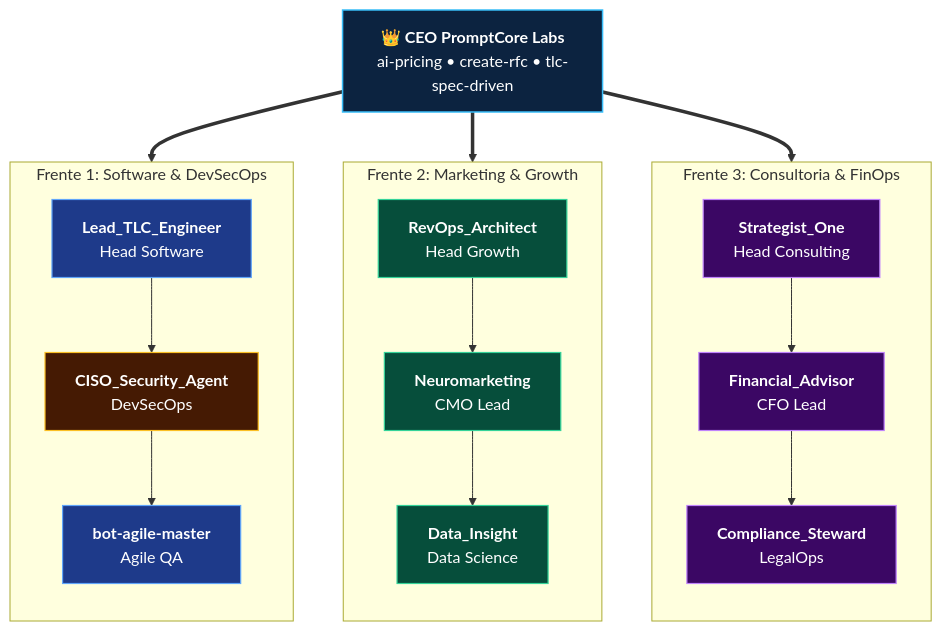
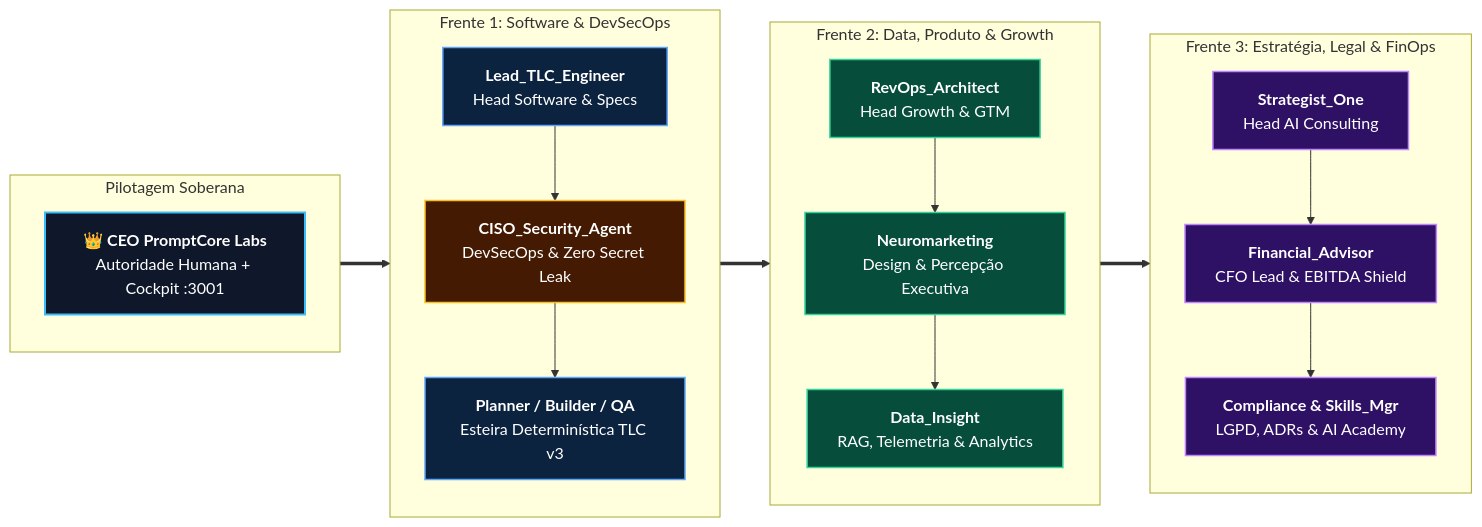
Before and after one commit to EnterDufter/PromptCoreLabs_AEOS: the second of 3 diagrams in projects/Living Architecture PCL AEOS/docs/agents-squads/README.md, drawn with Mermaid. The commit also changed other lines of this file and 34 other files, not shown here.

First line of the commit message:
docs(aeos-v3.6): upgrade complete repository & Living Architecture portal with pure UTF-8, Dual-Track narrative & Cortex v7 diagrams

````diff
--- a/projects/Living Architecture PCL AEOS/docs/agents-squads/README.md
+++ b/projects/Living Architecture PCL AEOS/docs/agents-squads/README.md
@@ -65,38 +68,39 @@
 ```mermaid
-flowchart TD
-    classDef ceo fill:#0c2340,stroke:#38bdf8,stroke-width:1.5px,color:#ffffff;
-    classDef tlc fill:#1e3a8a,stroke:#60a5fa,stroke-width:1.2px,color:#ffffff;
-    classDef mkt fill:#064e3b,stroke:#34d399,stroke-width:1.2px,color:#ffffff;
-    classDef biz fill:#3b0764,stroke:#c084fc,stroke-width:1.2px,color:#ffffff;
-    classDef sec fill:#451a03,stroke:#fbbf24,stroke-width:1.2px,color:#ffffff;
+flowchart LR
+    classDef ceo fill:#0f172a,stroke:#38bdf8,stroke-width:2px,color:#ffffff;
+    classDef tlc fill:#0c2340,stroke:#60a5fa,stroke-width:1.5px,color:#ffffff;
+    classDef mkt fill:#064e3b,stroke:#34d399,stroke-width:1.5px,color:#ffffff;
+    classDef biz fill:#2e1065,stroke:#c084fc,stroke-width:1.5px,color:#ffffff;
+    classDef sec fill:#451a03,stroke:#fbbf24,stroke-width:1.5px,color:#ffffff;
 
-    CEO["👑 <b>CEO PromptCore Labs</b><br/>ai-pricing • create-rfc • tlc-spec-driven"]:::ceo
+    subgraph Comando ["Pilotagem Soberana"]
+        direction TB
+        CEO["<b>👑 CEO PromptCore Labs</b><br/>Autoridade Humana + Cockpit :3001"]:::ceo
+    end
 
     subgraph F1 ["Frente 1: Software & DevSecOps"]
         direction TB
-        TLC["<b>Lead_TLC_Engineer</b><br/>Head Software"]:::tlc
-        CISO["<b>CISO_Security_Agent</b><br/>DevSecOps"]:::sec
-        Agile["<b>bot-agile-master</b><br/>Agile QA"]:::tlc
+        TLC["<b>Lead_TLC_Engineer</b><br/>Head Software & Specs"]:::tlc
+        CISO["<b>CISO_Security_Agent</b><br/>DevSecOps & Zero Secret Leak"]:::sec
+        Agile["<b>Planner / Builder / QA</b><br/>Esteira Determinística TLC v3"]:::tlc
         TLC --> CISO --> Agile
     end
 
-    subgraph F2 ["Frente 2: Marketing & Growth"]
+    subgraph F2 ["Frente 2: Data, Produto & Growth"]
         direction TB
-        RevOps["<b>RevOps_Architect</b><br/>Head Growth"]:::mkt
-        Neuro["<b>Neuromarketing</b><br/>CMO Lead"]:::mkt
-        Data["<b>Data_Insight</b><br/>Data Science"]:::mkt
+        RevOps["<b>RevOps_Architect</b><br/>Head Growth & GTM"]:::mkt
+        Neuro["<b>Neuromarketing</b><br/>Design & Percepção Executiva"]:::mkt
+        Data["<b>Data_Insight</b><br/>RAG, Telemetria & Analytics"]:::mkt
         RevOps --> Neuro --> Data
     end
 
-    subgraph F3 ["Frente 3: Consultoria & FinOps"]
+    subgraph F3 ["Frente 3: Estratégia, Legal & FinOps"]
         direction TB
-        Strat["<b>Strategist_One</b><br/>Head Consulting"]:::biz
-        Fin["<b>Financial_Advisor</b><br/>CFO Lead"]:::biz
-        Legal["<b>Compliance_Steward</b><br/>LegalOps"]:::biz
+        Strat["<b>Strategist_One</b><br/>Head AI Consulting"]:::biz
+        Fin["<b>Financial_Advisor</b><br/>CFO Lead & EBITDA Shield"]:::biz
+        Legal["<b>Compliance & Skills_Mgr</b><br/>LGPD, ADRs & AI Academy"]:::biz
         Strat --> Fin --> Legal
     end
 
-    CEO ==> F1
-    CEO ==> F2
-    CEO ==> F3
+    Comando ==> F1 ==> F2 ==> F3
 ```
````
